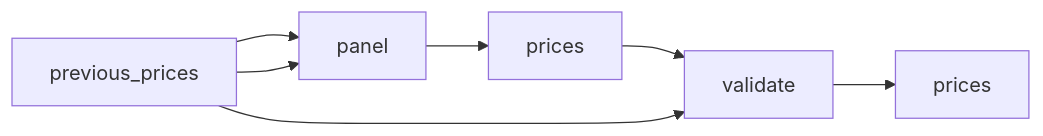
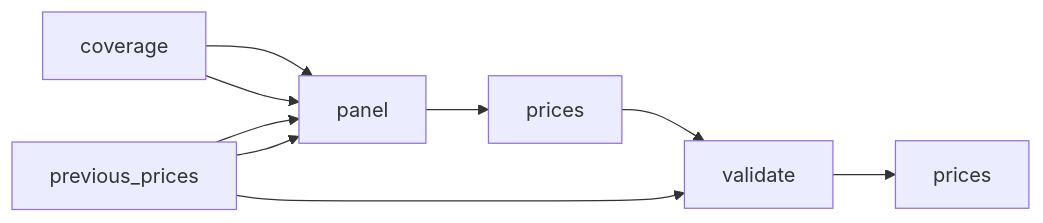
The diagram in datasets/streaming-subscription-prices-by-country-5b733a529030/README.md (jsonifyco/public-datasets), drawn with Mermaid before and after one commit. The commit also changed other lines of this file, not shown here.

Commit message:
Update streaming-subscription-prices-by-country-5b733a529030

````diff
--- a/datasets/streaming-subscription-prices-by-country-5b733a529030/README.md
+++ b/datasets/streaming-subscription-prices-by-country-5b733a529030/README.md
@@ -57,14 +57,17 @@
 ```mermaid
 flowchart LR
   n0["previous#95;prices"]
-  n1["panel"]
-  n2["prices"]
-  n3["validate"]
-  n4["prices"]
-  n1 --> n2
+  n1["coverage"]
+  n2["panel"]
+  n3["prices"]
+  n4["validate"]
+  n5["prices"]
   n2 --> n3
   n3 --> n4
-  n0 --> n1
-  n0 --> n1
-  n0 --> n3
+  n4 --> n5
+  n0 --> n2
+  n1 --> n2
+  n1 --> n2
+  n0 --> n2
+  n0 --> n4
 ```
````
